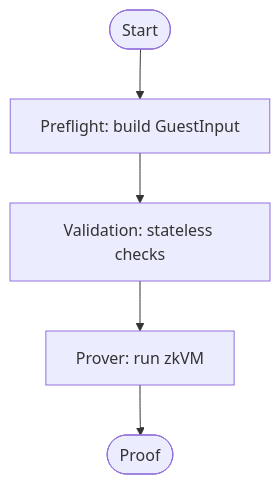
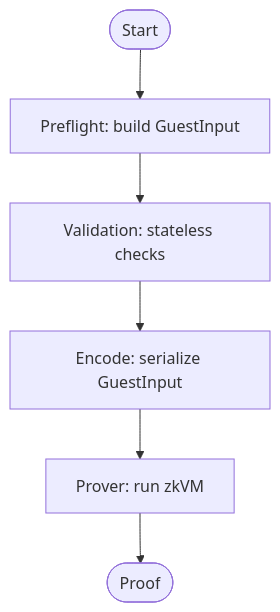
One commit to taikoxyz/raiko2 changed the third of 4 diagrams in README.md. Above: the diagram before and after it, drawn with Mermaid. The commit also changed other lines of this file and 1 other file, not shown here.

````diff
--- a/README.md
+++ b/README.md
@@ -84,7 +95,8 @@
 ```mermaid
 flowchart TD
   Start([Start]) --> Build[Preflight: build GuestInput]
   Build --> Validate[Validation: stateless checks]
-  Validate --> Prove[Prover: run zkVM]
+  Validate --> Encode[Encode: serialize GuestInput]
+  Encode --> Prove[Prover: run zkVM]
   Prove --> Done([Proof])
 ```
````
